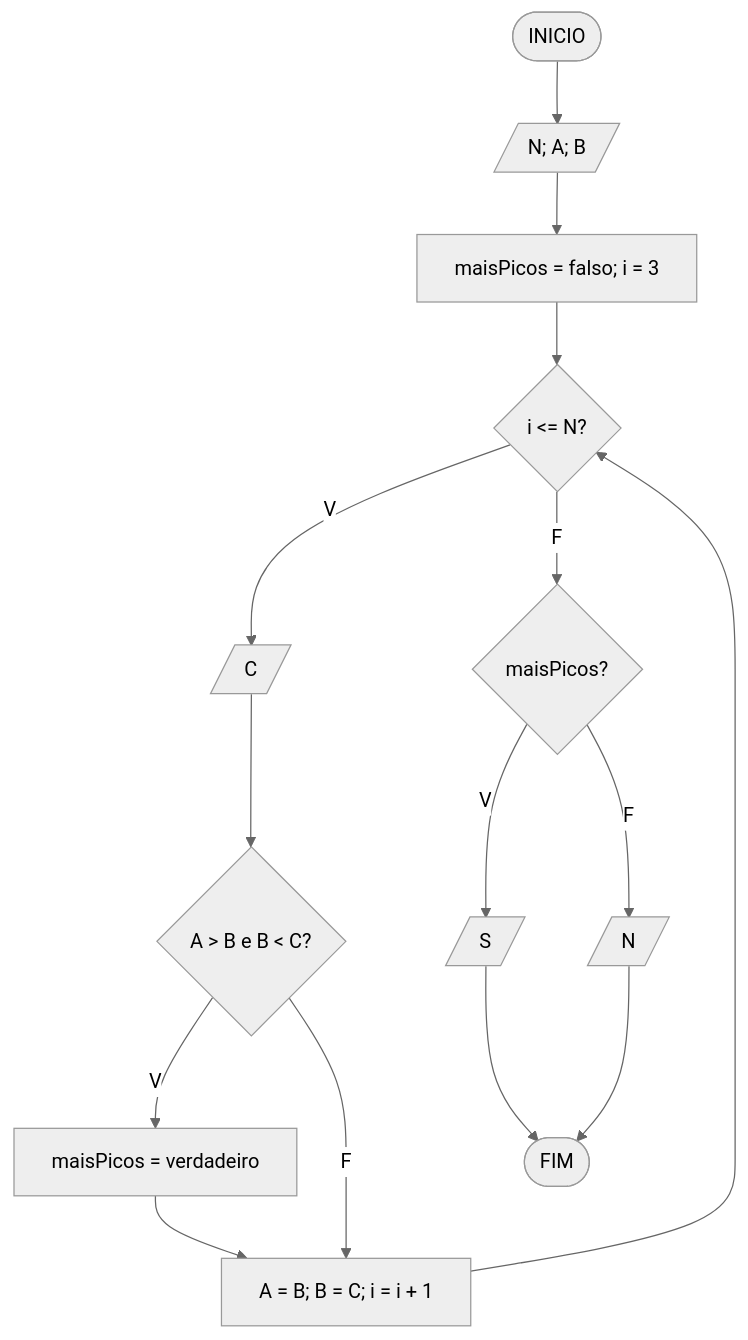
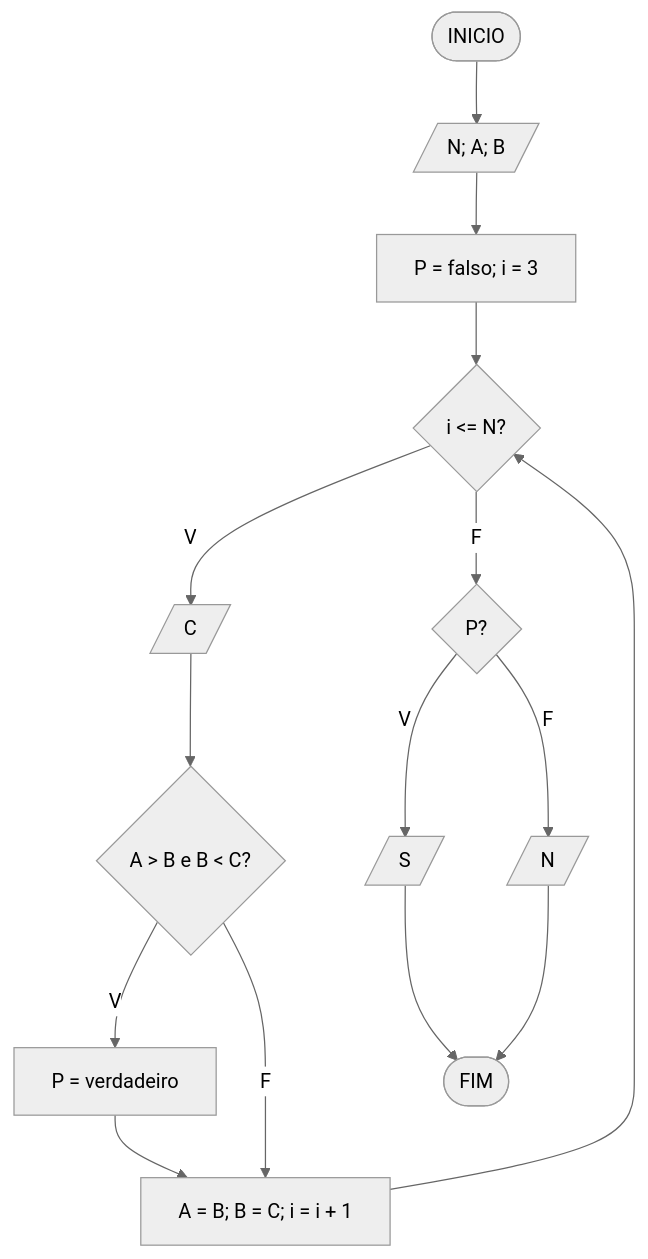
The diagram in exercicios/OBI/JRF22017_montanha.md (carubbi/RLA), drawn with Mermaid (neutral theme) before and after one commit. The commit also changed other lines of this file and 3 other files, not shown here.

````diff
--- a/exercicios/OBI/JRF22017_montanha.md
+++ b/exercicios/OBI/JRF22017_montanha.md
@@ -37,17 +37,17 @@
 ```mermaid
 flowchart TD
 IN([INICIO]) --> EN[/"N; A; B"/]
-EN --> INIT["maisPicos = falso; i = 3"]
+EN --> INIT["P = falso; i = 3"]
 INIT --> LOOP{"i <= N?"}
 LOOP -- V --> READ[/"C"/]
 READ --> TEST{"A > B e B < C?"}
-TEST -- V --> FLAG["maisPicos = verdadeiro"]
+TEST -- V --> FLAG["P = verdadeiro"]
 TEST -- F --> NEXT["A = B; B = C; i = i + 1"]
 FLAG --> NEXT
 NEXT --> LOOP
-LOOP -- F --> RESULT{"maisPicos?"}
+LOOP -- F --> RESULT{"P?"}
 RESULT -- V --> YES[/"S"/]
 RESULT -- F --> NO[/"N"/]
 YES --> END([FIM])
 NO --> END
 ```
````
